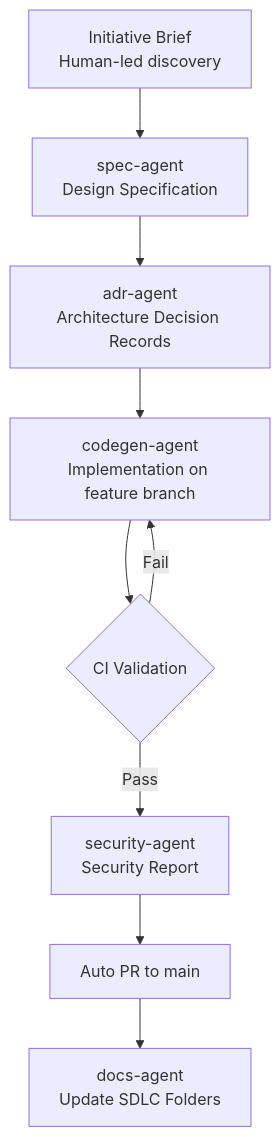
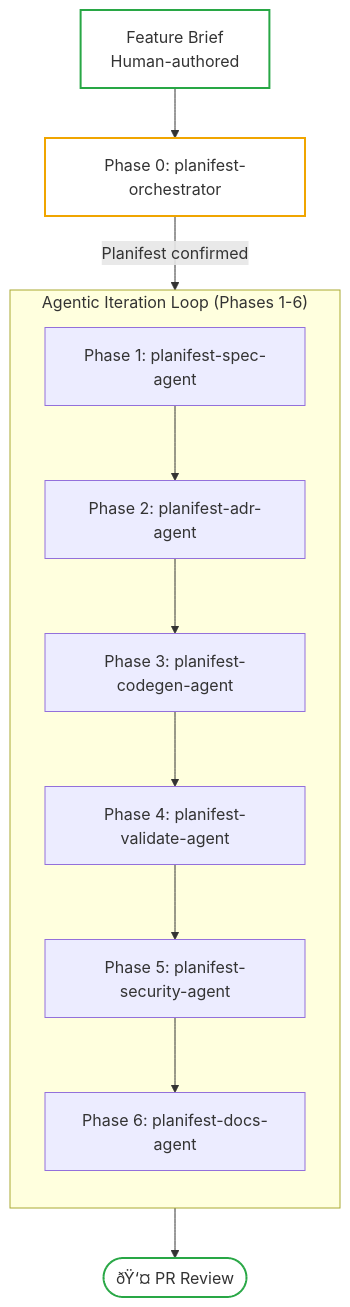
The diagram in planifest-docs/p004-the-pathway-to-agentic-development.md (planifest/planifest-website), drawn with Mermaid before and after one commit. The commit also changed other lines of this file and 6 other files, not shown here.

````diff
--- a/planifest-docs/p004-the-pathway-to-agentic-development.md
+++ b/planifest-docs/p004-the-pathway-to-agentic-development.md
@@ -81,11 +47,21 @@
 ```mermaid
 flowchart TD
-    A[Initiative Brief\nHuman-led discovery] --> B[spec-agent\nDesign Specification]
-    B --> C[adr-agent\nArchitecture Decision Records]
-    C --> D[codegen-agent\nImplementation on feature branch]
-    D --> E{CI Validation}
-    E -->|Fail| D
-    E -->|Pass| F[security-agent\nSecurity Report]
-    F --> G[Auto PR to main]
-    G --> H[docs-agent\nUpdate SDLC Folders]
+    A[Feature Brief\nHuman-authored] --> P0[Phase 0: planifest-orchestrator]
+    P0 -->|Planifest confirmed| LOOP
+    
+    subgraph LOOP["Agentic Iteration Loop (Phases 1-6)"]
+        direction TB
+        P1[Phase 1: planifest-spec-agent]
+        P1 --> P2[Phase 2: planifest-adr-agent]
+        P2 --> P3[Phase 3: planifest-codegen-agent]
+        P3 --> P4[Phase 4: planifest-validate-agent]
+        P4 --> P5[Phase 5: planifest-security-agent]
+        P5 --> P6[Phase 6: planifest-docs-agent]
+    end
+    
+    P6 --> HGATE([ðŸ‘¤ PR Review])
+
+    style A fill:transparent,stroke:#28a745,stroke-width:2px
+    style P0 fill:transparent,stroke:#f0a500,stroke-width:2px
+    style HGATE fill:transparent,stroke:#28a745,stroke-width:2px
 ```
````
